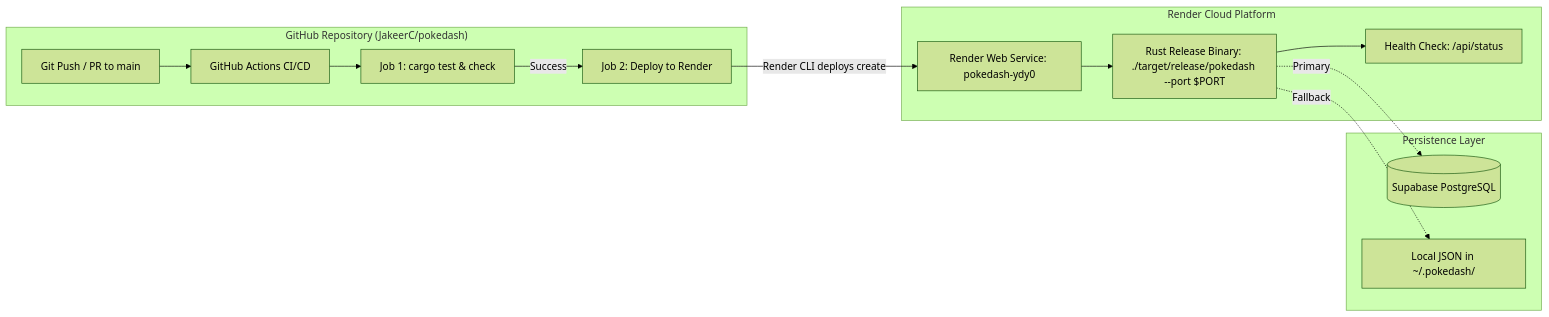
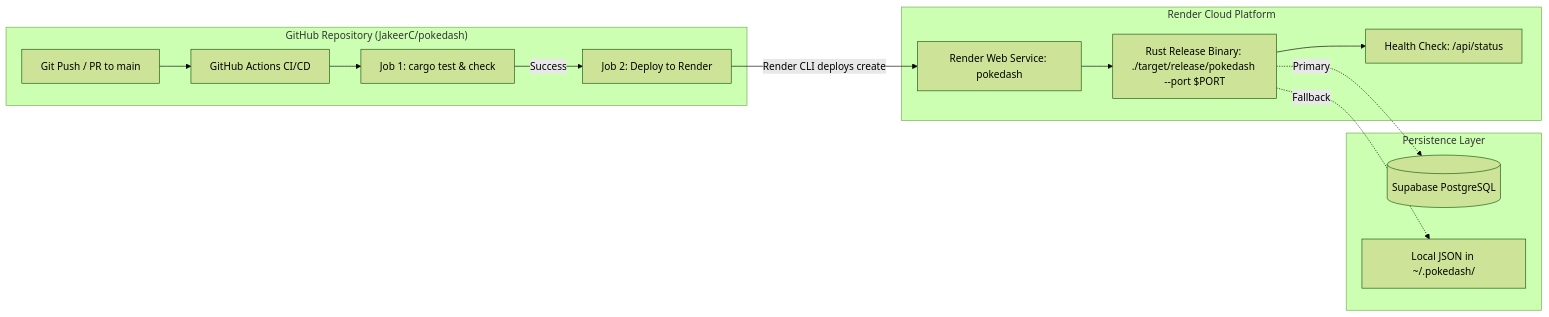
One commit to JakeerC/pokedash changed the diagram in Deploy.md. Above: the diagram before and after it, drawn with Mermaid (forest theme). The commit also changed other lines of this file, not shown here.

Commit message:
docs: correct service name and URL to pokedash across Deploy.md

````diff
--- a/Deploy.md
+++ b/Deploy.md
@@ -20,19 +21,19 @@
 ```mermaid
 flowchart LR
     subgraph GitHub ["GitHub Repository (JakeerC/pokedash)"]
         A[Git Push / PR to main] --> B[GitHub Actions CI/CD]
         B --> C[Job 1: cargo test & check]
         C -->|Success| D[Job 2: Deploy to Render]
     end
 
     subgraph Render ["Render Cloud Platform"]
-        D -->|Render CLI deploys create| E[Render Web Service: pokedash-ydy0]
+        D -->|Render CLI deploys create| E[Render Web Service: pokedash]
         E --> F[Rust Release Binary: ./target/release/pokedash --port $PORT]
         F --> G[Health Check: /api/status]
     end
 
     subgraph Persistence ["Persistence Layer"]
         F -.->|Primary| H[(Supabase PostgreSQL)]
         F -.->|Fallback| I[Local JSON in ~/.pokedash/]
     end
 ```
````
